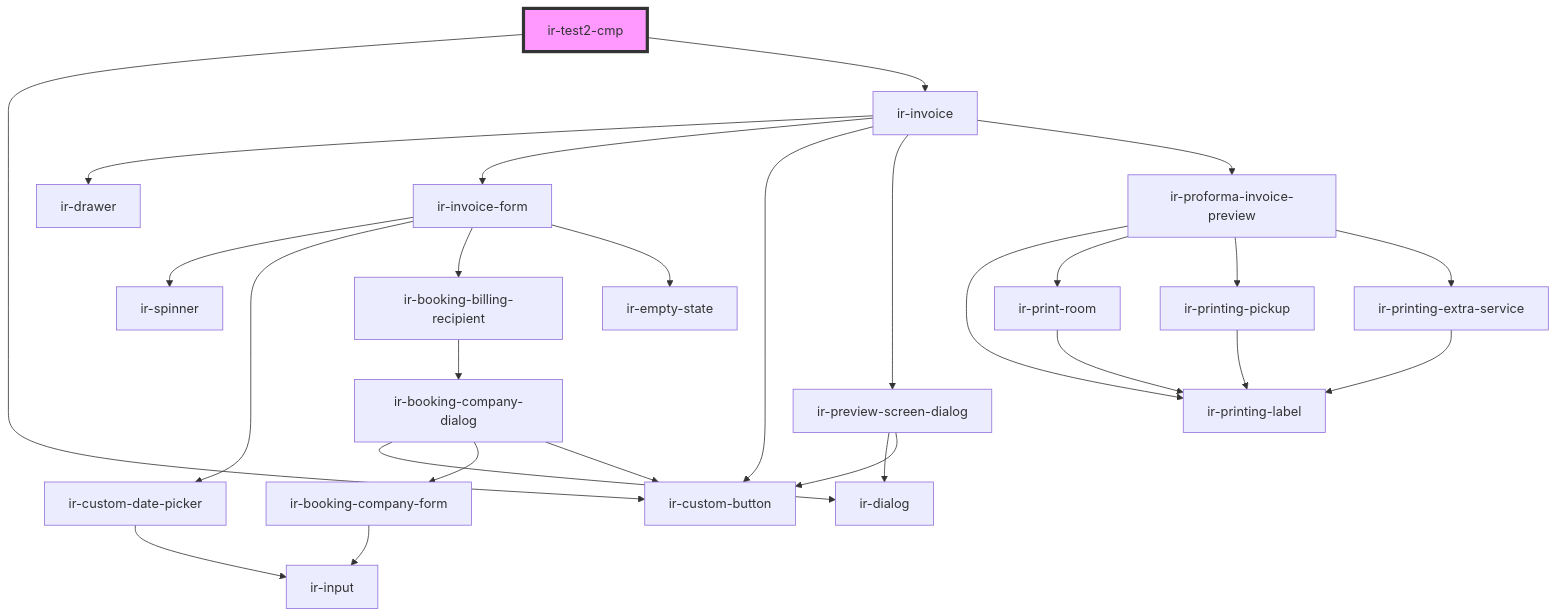
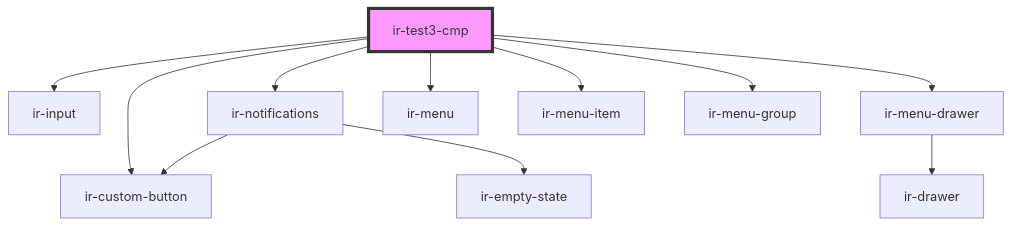
The diagram in src/components/ir-test-cmp/readme.md (RonyRizk/ir-webcmp), drawn with Mermaid before and after one commit. The commit also changed other lines of this file and 235 other files, not shown here.

````diff
--- a/src/components/ir-test-cmp/readme.md
+++ b/src/components/ir-test-cmp/readme.md
@@ -16,30 +21,14 @@
 ```mermaid
 graph TD;
-  ir-test2-cmp --> ir-custom-button
-  ir-test2-cmp --> ir-invoice
-  ir-invoice --> ir-drawer
-  ir-invoice --> ir-invoice-form
-  ir-invoice --> ir-custom-button
-  ir-invoice --> ir-preview-screen-dialog
-  ir-invoice --> ir-proforma-invoice-preview
-  ir-invoice-form --> ir-spinner
-  ir-invoice-form --> ir-custom-date-picker
-  ir-invoice-form --> ir-booking-billing-recipient
-  ir-invoice-form --> ir-empty-state
-  ir-custom-date-picker --> ir-input
-  ir-booking-billing-recipient --> ir-booking-company-dialog
-  ir-booking-company-dialog --> ir-dialog
-  ir-booking-company-dialog --> ir-booking-company-form
-  ir-booking-company-dialog --> ir-custom-button
-  ir-booking-company-form --> ir-input
-  ir-preview-screen-dialog --> ir-dialog
-  ir-preview-screen-dialog --> ir-custom-button
-  ir-proforma-invoice-preview --> ir-printing-label
-  ir-proforma-invoice-preview --> ir-print-room
-  ir-proforma-invoice-preview --> ir-printing-pickup
-  ir-proforma-invoice-preview --> ir-printing-extra-service
-  ir-print-room --> ir-printing-label
-  ir-printing-pickup --> ir-printing-label
-  ir-printing-extra-service --> ir-printing-label
-  style ir-test2-cmp fill:#f9f,stroke:#333,stroke-width:4px
+  ir-test3-cmp --> ir-custom-button
+  ir-test3-cmp --> ir-input
+  ir-test3-cmp --> ir-notifications
+  ir-test3-cmp --> ir-menu-drawer
+  ir-test3-cmp --> ir-menu
+  ir-test3-cmp --> ir-menu-item
+  ir-test3-cmp --> ir-menu-group
+  ir-notifications --> ir-custom-button
+  ir-notifications --> ir-empty-state
+  ir-menu-drawer --> ir-drawer
+  style ir-test3-cmp fill:#f9f,stroke:#333,stroke-width:4px
 ```
````
